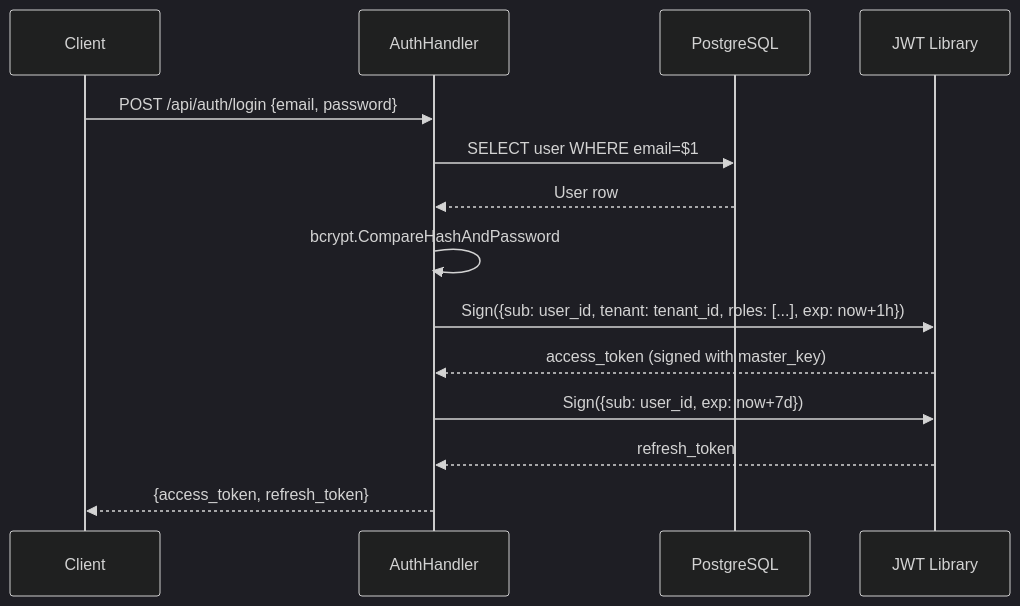
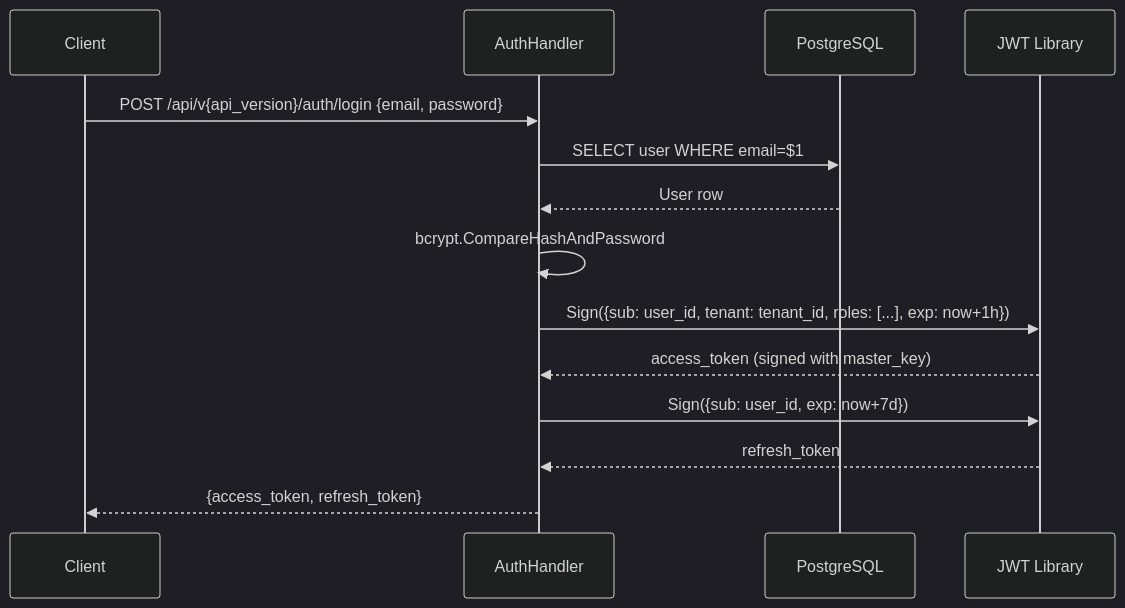
One commit to noiia/EERP-Documentation-Wiki changed the first of 4 diagrams in docs/core/authentication.md. Above: the diagram before and after it, drawn with Mermaid (dark theme). The commit also changed other lines of this file and 38 other files, not shown here.

````diff
--- a/docs/core/authentication.md
+++ b/docs/core/authentication.md
@@ -28,17 +28,17 @@
 ```mermaid
 sequenceDiagram
     participant Client
     participant AuthHandler
     participant DB as PostgreSQL
     participant JWT as JWT Library
 
-    Client->>AuthHandler: POST /api/auth/login {email, password}
+    Client->>AuthHandler: POST /api/v{api_version}/auth/login {email, password}
     AuthHandler->>DB: SELECT user WHERE email=$1
     DB-->>AuthHandler: User row
     AuthHandler->>AuthHandler: bcrypt.CompareHashAndPassword
     AuthHandler->>JWT: Sign({sub: user_id, tenant: tenant_id, roles: [...], exp: now+1h})
     JWT-->>AuthHandler: access_token (signed with master_key)
     AuthHandler->>JWT: Sign({sub: user_id, exp: now+7d})
     JWT-->>AuthHandler: refresh_token
     AuthHandler-->>Client: {access_token, refresh_token}
 ```
````
